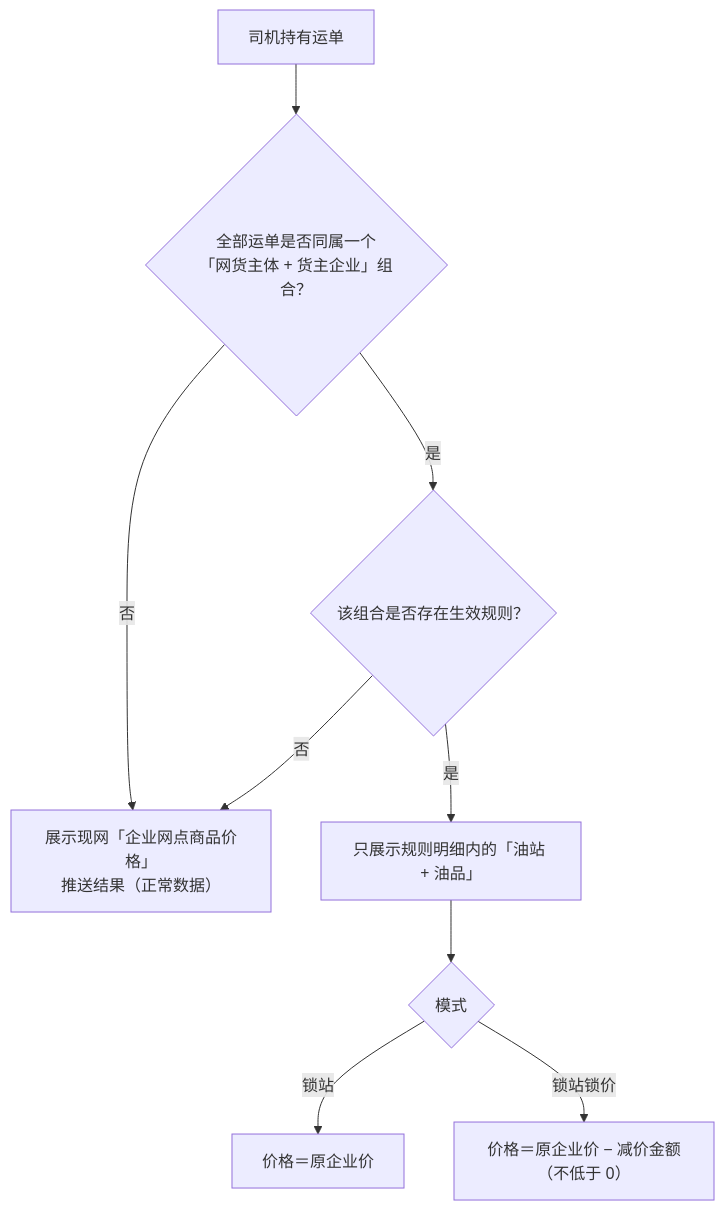
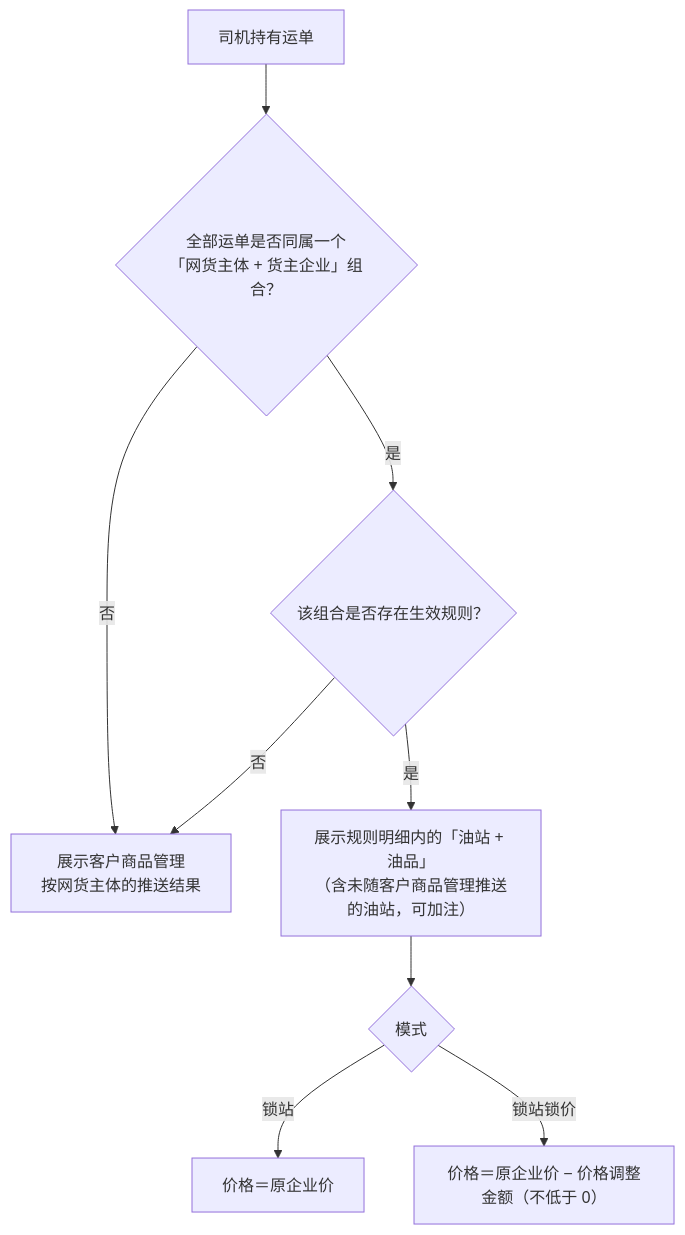
The third of 3 diagrams in 货主锁站锁价-产品需求-页面说明.md (Zsmboom/matching-order-prototype), drawn with Mermaid before and after one commit. The commit also changed other lines of this file and 35 other files, not shown here.

````diff
--- a/货主锁站锁价-产品需求-页面说明.md
+++ b/货主锁站锁价-产品需求-页面说明.md
@@ -51,11 +57,11 @@
 ```mermaid
 flowchart TD
   A["司机持有运单"] --> B{"全部运单是否同属一个<br/>「网货主体 + 货主企业」组合？"}
-  B -->|否| C["展示现网「企业网点商品价格」<br/>推送结果（正常数据）"]
+  B -->|否| C["展示客户商品管理<br/>按网货主体的推送结果"]
   B -->|是| D{"该组合是否存在生效规则？"}
   D -->|否| C
-  D -->|是| E["只展示规则明细内的「油站 + 油品」"]
+  D -->|是| E["展示规则明细内的「油站 + 油品」<br/>（含未随客户商品管理推送的油站，可加注）"]
   E --> F{"模式"}
   F -->|锁站| G["价格＝原企业价"]
-  F -->|锁站锁价| H["价格＝原企业价 − 减价金额（不低于 0）"]
+  F -->|锁站锁价| H["价格＝原企业价 − 价格调整金额（不低于 0）"]
 ```
````
